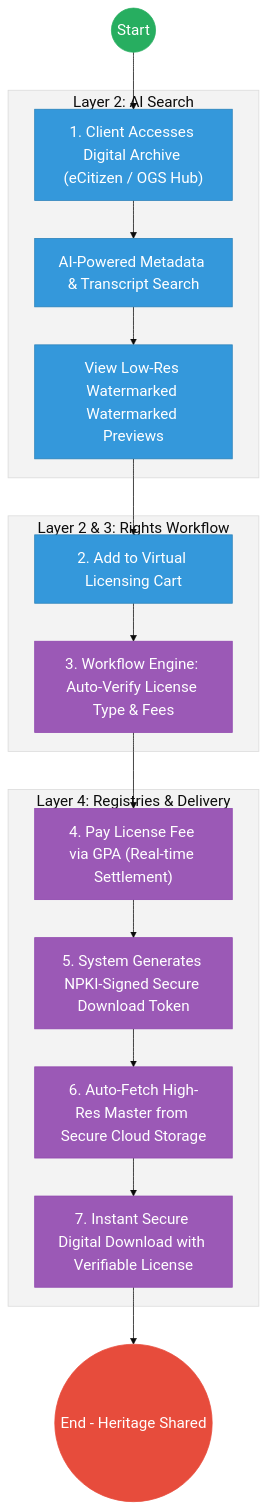
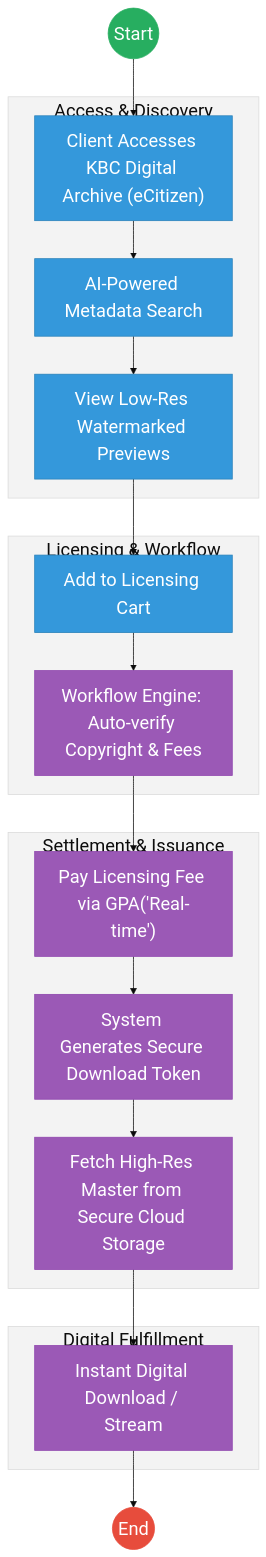
One commit to BITZ-IT-Consulting-LTD/ictapoc changed the second of 2 diagrams in mdas/docs_final/priority_mdas/Kenya_Broadcasting_Corporation___Service_Delivery.md. Above: the diagram before and after it, drawn with Mermaid. The commit also changed other lines of this file and 90 other files, not shown here.

````diff
--- a/mdas/docs_final/priority_mdas/Kenya_Broadcasting_Corporation___Service_Delivery.md
+++ b/mdas/docs_final/priority_mdas/Kenya_Broadcasting_Corporation___Service_Delivery.md
@@ -111,34 +123,36 @@
 ```mermaid
-%%{init: { 'theme': 'base', 'themeVariables': { 'fontSize': '20px', 'fontFamily': 'Inter, system-ui, sans-serif', 'primaryColor': '#ffffff', 'edgeLabelBackground':'#ffffff', 'tertiaryColor': '#f3f3f3', 'mainBkg': '#ffffff', 'nodeBorder': '#333333' } } }%%
-flowchart TD
-    Start((Start)) --> Portal["1. Client Accesses Digital Archive (eCitizen / OGS Hub)"]
+%%{init: { 'theme': 'base', 'themeVariables': { 'fontSize': '24px', 'fontFamily': 'Inter, system-ui, sans-serif', 'primaryColor': '#ffffff', 'edgeLabelBackground':'#ffffff', 'tertiaryColor': '#f3f3f3', 'mainBkg': '#ffffff', 'nodeBorder': '#333333' } } }%%
+graph TD
+    Start((Start)) --> Portal["Client Accesses KBC Digital Archive (eCitizen)"]
     
-    subgraph Discovery_Hub["Layer 2: AI Search"]
-        Portal --> Search["AI-Powered Metadata & Transcript Search"]
-        Search --> Preview["View Low-Res Watermarked Watermarked Previews"]
+    subgraph Layer1["Access & Discovery"]
+        Portal --> Search["AI-Powered Metadata Search"]
+        Search --> Preview["View Low-Res Watermarked Previews"]
     end
+    
+    subgraph Layer2["Licensing & Workflow"]
+        Preview --> Cart["Add to Licensing Cart"]
+        Cart --> Rules["Workflow Engine: Auto-verify Copyright & Fees"]
+    end
+    
+    subgraph Layer4["Settlement & Issuance"]
+        Rules --> Pay["Pay Licensing Fee via GPA('Real-time')"]
+        Pay --> Token["System Generates Secure Download Token"]
+        Token --> Cloud["Fetch High-Res Master from Secure Cloud Storage"]
+    end
+    
+    subgraph Delivery["Digital Fulfillment"]
+        Cloud --> Delivery_App["Instant Digital Download / Stream"]
+    end
+    
+    Delivery_App --> End((End))
 
-    subgraph Trust_Hub["Layer 2 & 3: Rights Workflow"]
-        Preview --> Cart["2. Add to Virtual Licensing Cart"]
-        Cart --> Rules["3. Workflow Engine: Auto-Verify License Type & Fees"]
-    end
-
-    subgraph Settlement["Layer 4: Registries & Delivery"]
-        Rules --> GPA["4. Pay License Fee via GPA (Real-time Settlement)"]
-        GPA --> Token["5. System Generates NPKI-Signed Secure Download Token"]
-        Token --> Cloud["6. Auto-Fetch High-Res Master from Secure Cloud Storage"]
-        Cloud --> Download["7. Instant Secure Digital Download with Verifiable License"]
-    end
-
-    Download --> EndProcess(("End - Heritage Shared"))
-
-    classDef start fill:#27ae60,stroke:#27ae60,color:#fff,font-size:20px;;
-    classDef endNode fill:#e74c3c,stroke:#e74c3c,color:#fff,font-size:20px;;
-    classDef userTask fill:#3498db,stroke:#2980b9,color:#fff,font-size:20px;;
-    classDef serviceTask fill:#9b59b6,stroke:#8e44ad,color:#fff,font-size:20px;;
-    
+    classDef start fill:#27ae60,stroke:#27ae60,color:#fff,font-size:24px,font-size:24px;;
+    classDef endNode fill:#e74c3c,stroke:#e74c3c,color:#fff,font-size:24px,font-size:24px;;
+    classDef userTask fill:#3498db,stroke:#2980b9,color:#fff,font-size:24px,font-size:24px;;
+    classDef serviceTask fill:#9b59b6,stroke:#8e44ad,color:#fff,font-size:24px,font-size:24px;;
     class Start start;
-    class EndProcess endNode;
+    class End endNode;
     class Portal,Search,Preview,Cart userTask;
-    class Rules,GPA,Token,Cloud,Download serviceTask;
+    class Rules,Pay,Token,Cloud,Delivery_App serviceTask;
 ```
````
